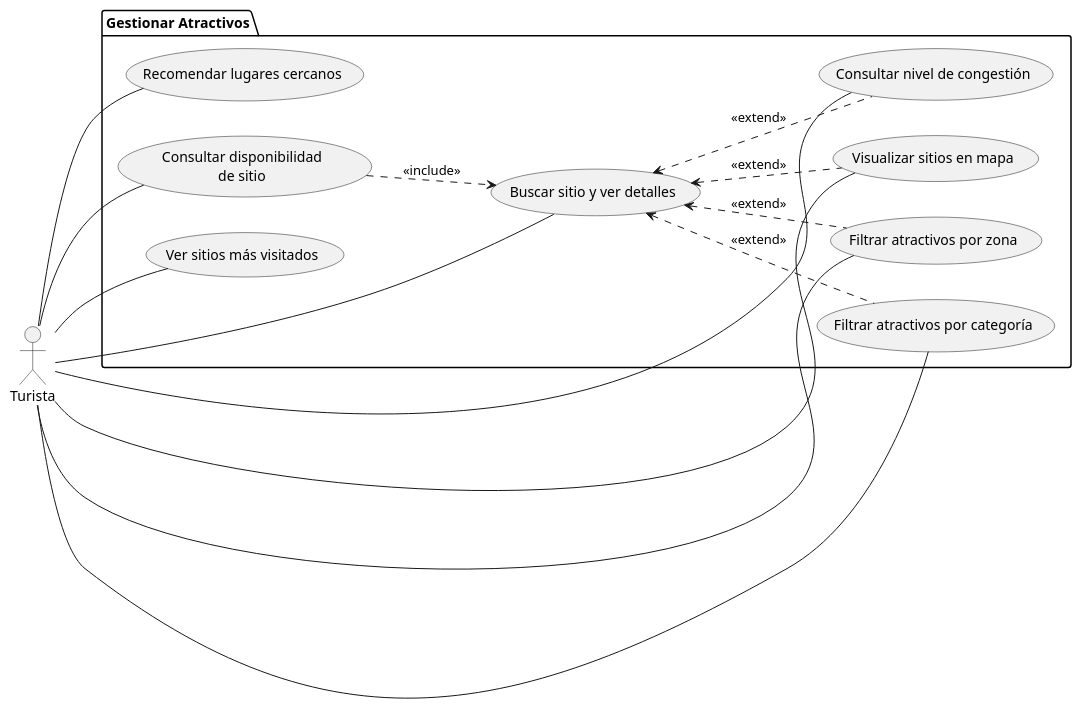
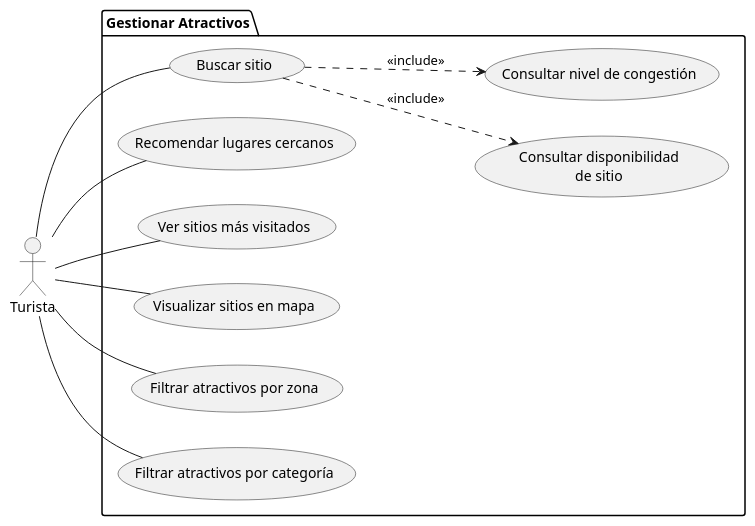
Before and after one commit to LJSaumeth/SM-Xplore-Proto: the diagram in docs/modelos/uc-lvl-1/gestionar-atractivos/turista-diagrama.puml, drawn with PlantUML.

```diff
--- a/docs/modelos/uc-lvl-1/gestionar-atractivos/turista-diagrama.puml
+++ b/docs/modelos/uc-lvl-1/gestionar-atractivos/turista-diagrama.puml
@@ -1,32 +1,27 @@
 @startuml
 left to right direction
 
 actor Turista as T
 
 package "Gestionar Atractivos" {
-    usecase "Buscar sitio y ver detalles" as UC1
+    usecase "Buscar sitio" as UC1
     usecase "Recomendar lugares cercanos" as UC2
     usecase "Consultar disponibilidad\nde sitio" as UC3
     usecase "Consultar nivel de congestión" as UC4
     usecase "Ver sitios más visitados" as UC5
     usecase "Visualizar sitios en mapa" as UC6
     usecase "Filtrar atractivos por zona" as UC7
     usecase "Filtrar atractivos por categoría" as UC8
 }
 
 T -- UC1
 T -- UC2
-T -- UC3
-T -- UC4
 T -- UC5
 T -- UC6
 T -- UC7
 T -- UC8
 
-UC3 ..> UC1 : <<include>>
-UC1 <.. UC4 : <<extend>>
-UC1 <.. UC6 : <<extend>>
-UC1 <.. UC7 : <<extend>>
-UC1 <.. UC8 : <<extend>>
+UC1 ..> UC3 : <<include>>
+UC1 ..> UC4 : <<include>>
 
 @enduml
```
